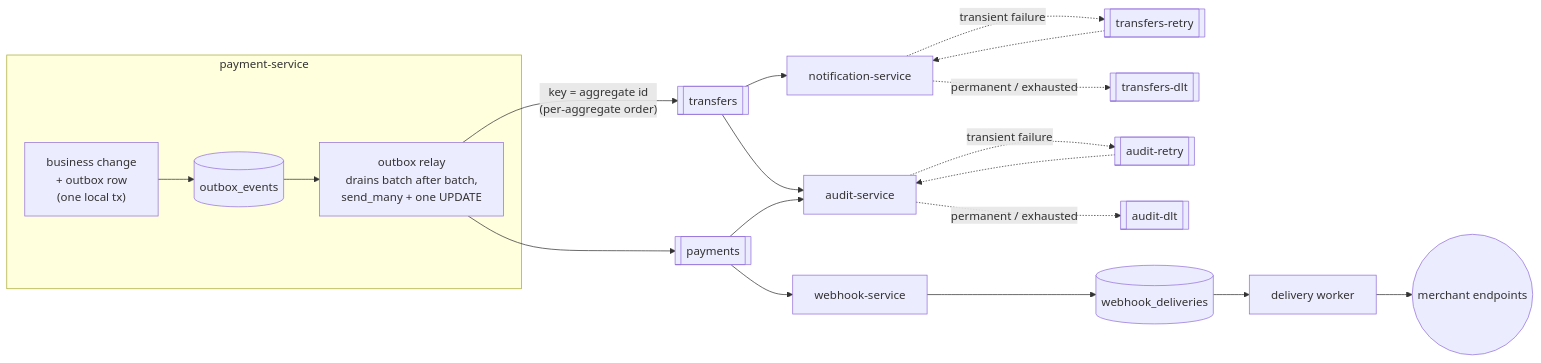
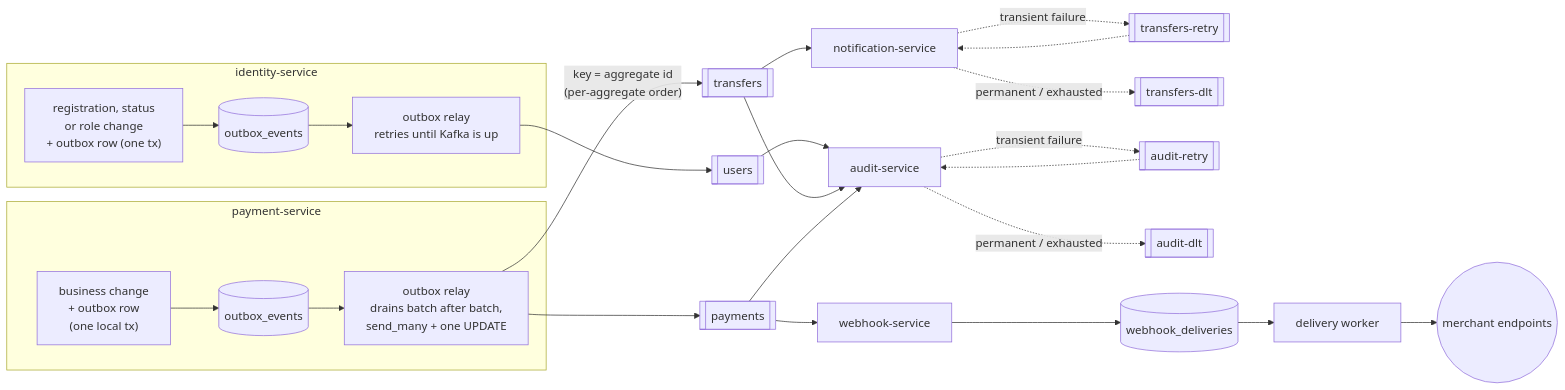
Before and after one commit to kadirovhabibjon/FinCore: the first of 3 diagrams in docs/diagrams/event-flow.md, drawn with Mermaid. The commit also changed other lines of this file and 3 other files, not shown here.

First line of the commit message:
docs: document account events and the users topic

````diff
--- a/docs/diagrams/event-flow.md
+++ b/docs/diagrams/event-flow.md
@@ -9,25 +9,33 @@
 ```mermaid
 flowchart LR
     subgraph PAY[payment-service]
         TX["business change<br/>+ outbox row<br/>(one local tx)"]
         RELAY["outbox relay<br/>drains batch after batch,<br/>send_many + one UPDATE"]
         TX --> OB[(outbox_events)]
         OB --> RELAY
     end
 
     RELAY -- "key = aggregate id<br/>(per-aggregate order)" --> T1[[transfers]]
     RELAY --> T2[[payments]]
+
+    subgraph ID[identity-service]
+        ITX["registration, status<br/>or role change<br/>+ outbox row (one tx)"]
+        ITX --> IOB[(outbox_events)]
+        IOB --> IRELAY["outbox relay<br/>retries until Kafka is up"]
+    end
+    IRELAY --> T3[[users]]
+    T3 --> A
 
     T1 --> N[notification-service]
     T1 --> A[audit-service]
     T2 --> A
     T2 --> W[webhook-service]
 
     N -. transient failure .-> NR[[transfers-retry]] -.-> N
     N -. permanent / exhausted .-> ND[[transfers-dlt]]
     A -. transient failure .-> AR[[audit-retry]] -.-> A
     A -. permanent / exhausted .-> AD[[audit-dlt]]
 
     W --> WD[(webhook_deliveries)]
     WD --> WW["delivery worker"] --> M((merchant endpoints))
 ```
````
